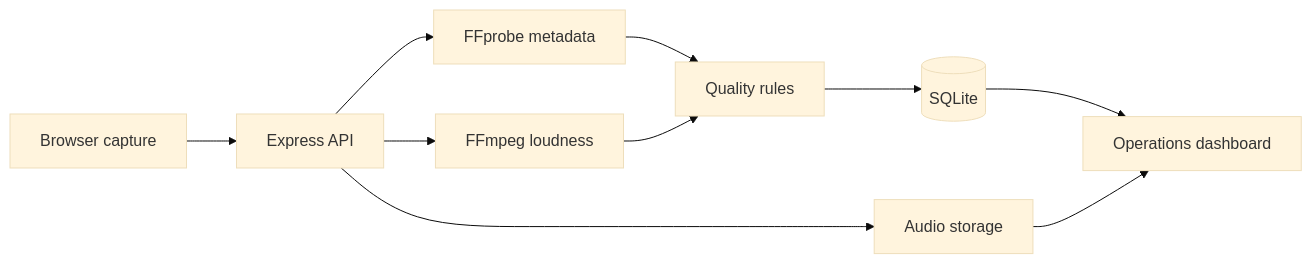
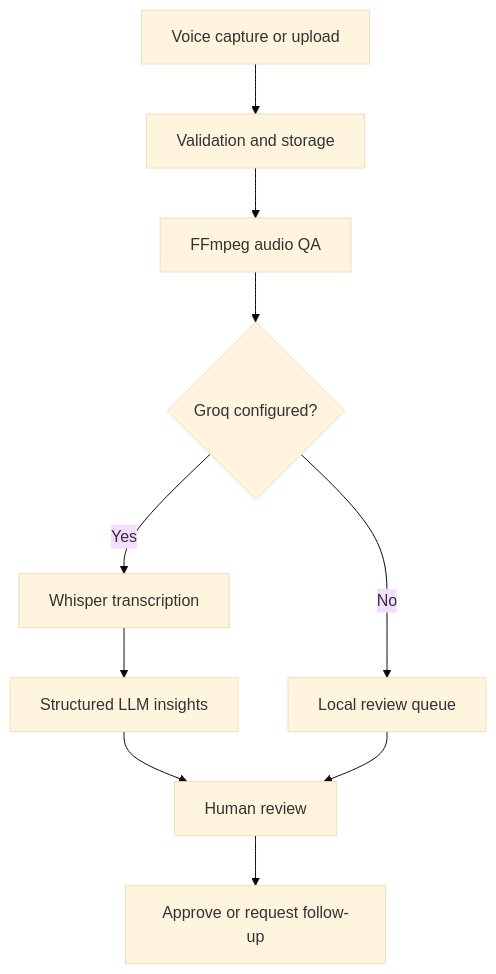
The diagram in README.md (rohitsharma1232004/ConsultBae_Audio_Assignment), drawn with Mermaid (base theme) before and after one commit. The commit also changed other lines of this file and 13 other files, not shown here.

Commit message:
Add AI transcription and voice insights automation

````diff
--- a/README.md
+++ b/README.md
@@ -36,12 +27,12 @@
 ```mermaid
-flowchart LR
-    A[Browser capture] --> B[Express API]
-    B --> C[FFprobe metadata]
-    B --> D[FFmpeg loudness]
-    C --> E[Quality rules]
-    D --> E
-    E --> F[(SQLite)]
-    B --> G[Audio storage]
-    F --> H[Operations dashboard]
+flowchart TD
+    A[Voice capture or upload] --> B[Validation and storage]
+    B --> C[FFmpeg audio QA]
+    C --> D{Groq configured?}
+    D -- Yes --> E[Whisper transcription]
+    E --> F[Structured LLM insights]
+    D -- No --> G[Local review queue]
+    F --> H[Human review]
     G --> H
+    H --> I[Approve or request follow-up]
 ```
````
